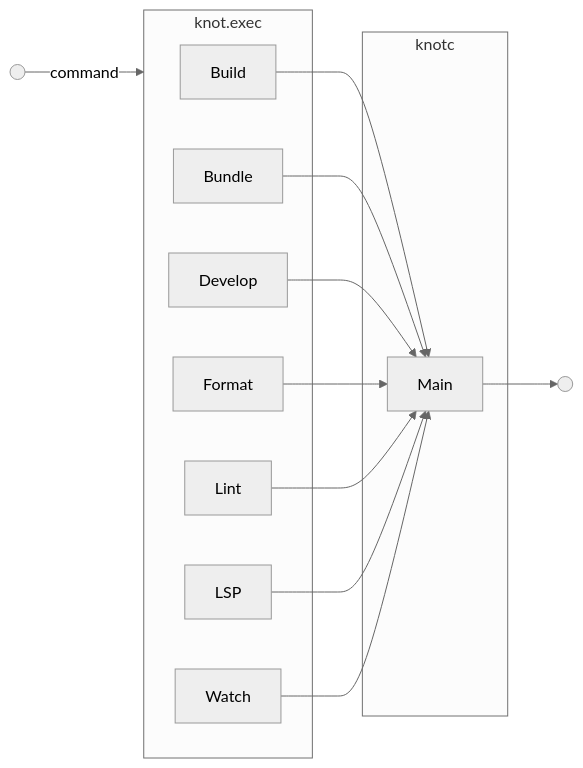
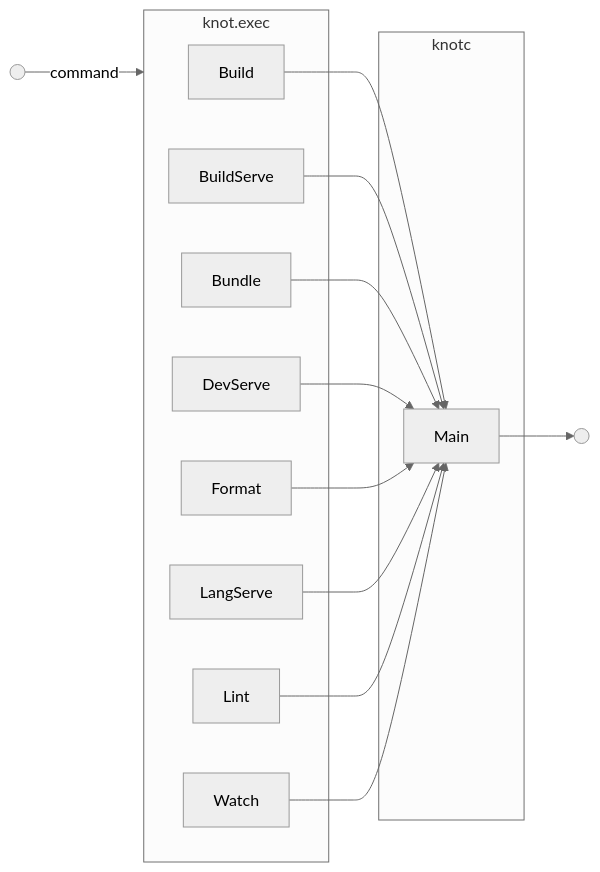
The diagram in compiler/src/cli/doc/architecture.mmd (effervescentia/knot), drawn with Mermaid (neutral theme) before and after one commit. The commit also changed 11 other files, not shown here.

```diff
--- a/compiler/src/cli/doc/architecture.mmd
+++ b/compiler/src/cli/doc/architecture.mmd
@@ -1,29 +1,31 @@
 flowchart LR
   in(( ))
   out(( ))
 
   subgraph knot.exec
     Build
+    BuildServe
     Bundle
-    Develop
+    DevServe
     Format
     Lint
-    LSP
+    LangServe
     Watch
   end
 
   subgraph knotc
     Main
   end
 
   in --> |command| knot.exec
 
   Build --> Main
+  BuildServe --> Main
   Bundle --> Main
-  Develop --> Main
+  DevServe --> Main
   Format --> Main
+  LangServe --> Main
   Lint --> Main
-  LSP --> Main
   Watch --> Main
 
   Main --> out
```
